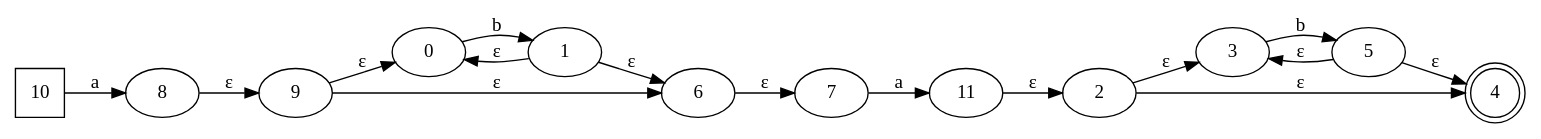
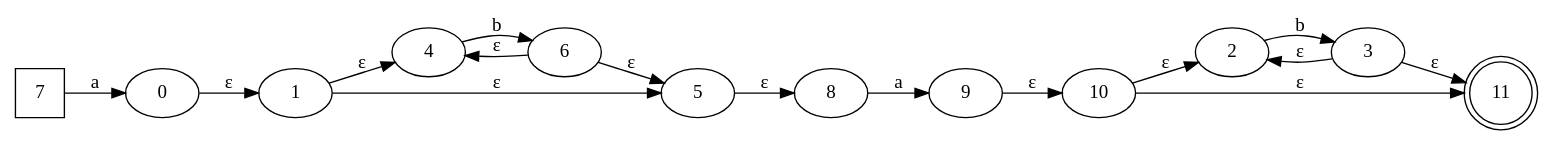
The diagram in graphs/afn/a.(b)*.a.(b)*.dot (jav-ram/compis1), drawn with Graphviz before and after one commit. The commit also changed 34 other files, not shown here.

```diff
--- a/graphs/afn/a.(b)*.a.(b)*.dot
+++ b/graphs/afn/a.(b)*.a.(b)*.dot
@@ -1,31 +1,31 @@
 digraph G {
 	rankdir=LR;
-	0->1[ label=b ];
-	2->3[ label=ɛ ];
-	2->4[ label=ɛ ];
-	3->5[ label=b ];
-	6->7[ label=ɛ ];
-	1->6[ label=ɛ ];
-	1->0[ label=ɛ ];
-	8->9[ label=ɛ ];
-	10->8[ label=a ];
-	9->0[ label=ɛ ];
-	9->6[ label=ɛ ];
-	7->11[ label=a ];
-	5->4[ label=ɛ ];
-	5->3[ label=ɛ ];
-	11->2[ label=ɛ ];
+	0->1[ label=ɛ ];
+	2->3[ label=b ];
+	1->4[ label=ɛ ];
+	1->5[ label=ɛ ];
+	6->5[ label=ɛ ];
+	6->4[ label=ɛ ];
+	7->0[ label=a ];
+	8->9[ label=a ];
+	10->2[ label=ɛ ];
+	10->11[ label=ɛ ];
+	3->11[ label=ɛ ];
+	3->2[ label=ɛ ];
+	5->8[ label=ɛ ];
+	4->6[ label=b ];
+	9->10[ label=ɛ ];
 	0;
 	1;
-	10 [ shape=square ];
-	11;
+	10;
+	11 [ shape=doublecircle ];
 	2;
 	3;
-	4 [ shape=doublecircle ];
+	4;
 	5;
 	6;
-	7;
+	7 [ shape=square ];
 	8;
 	9;
 
 }
```
